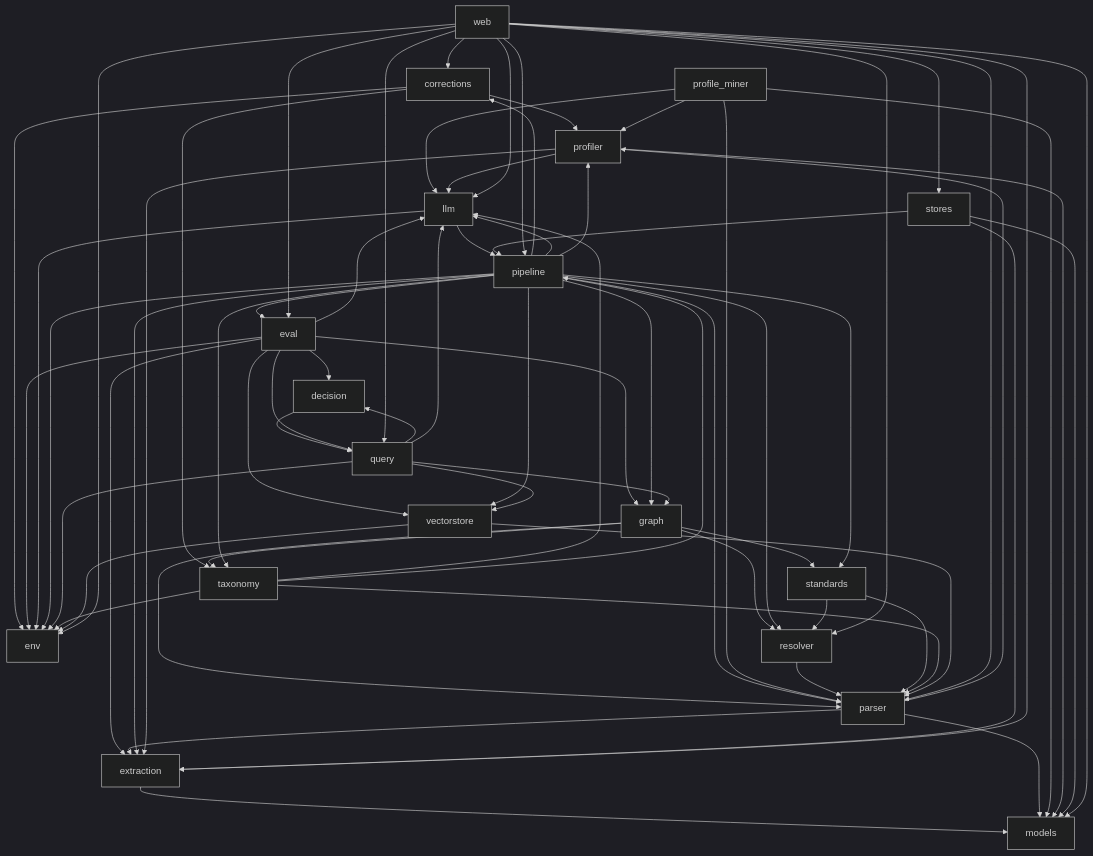
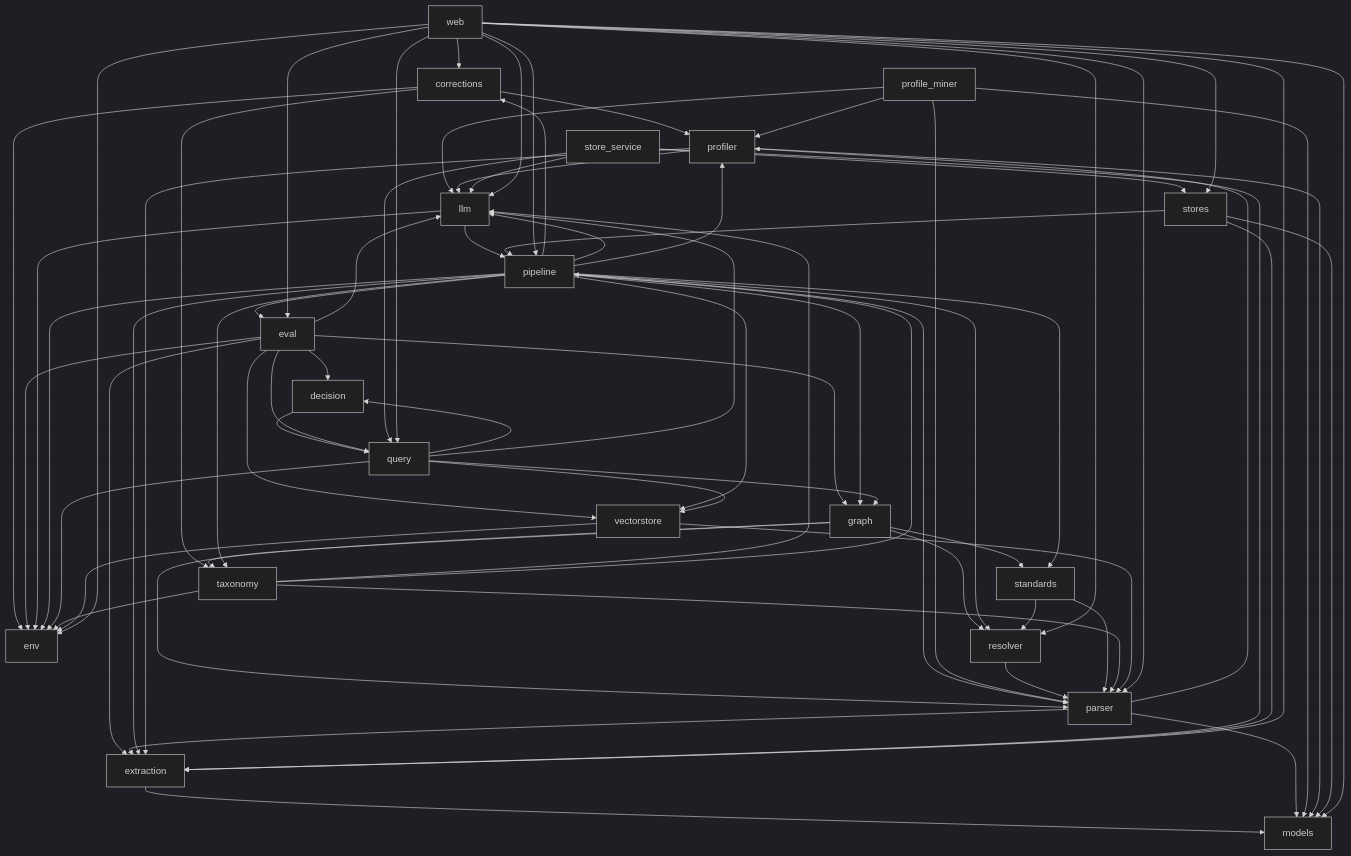
Before and after one commit to kurnoolion/nora: the diagram in docs/compact/MAP.md, drawn with Mermaid (dark theme). The commit also changed other lines of this file and 50 other files, not shown here.

First line of the commit message:
store service moves under core/src as store_service; the cell-name helpers and the refusal twin move into core so the service imports only core

```diff
--- a/docs/compact/MAP.md
+++ b/docs/compact/MAP.md
@@ -45,6 +46,7 @@
     m_query[query]
     m_resolver[resolver]
     m_standards[standards]
+    m_store_service[store_service]
     m_stores[stores]
     m_taxonomy[taxonomy]
     m_vectorstore[vectorstore]
@@ -97,6 +99,10 @@
     m_resolver --> m_parser
     m_standards --> m_parser
     m_standards --> m_resolver
+    m_store_service --> m_extraction
+    m_store_service --> m_llm
+    m_store_service --> m_query
+    m_store_service --> m_stores
     m_stores --> m_extraction
     m_stores --> m_models
     m_stores --> m_pipeline
```
